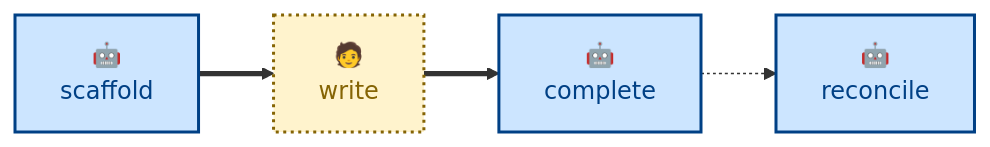
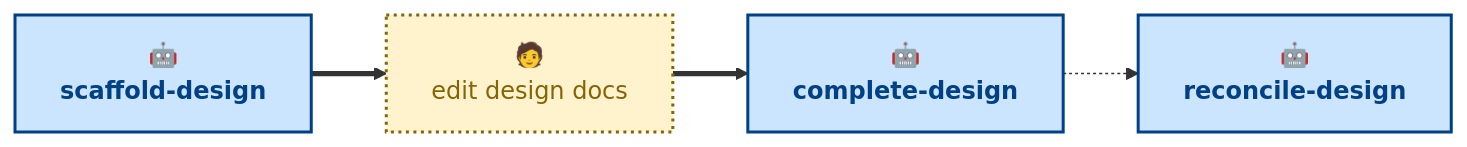
The diagram in .agents/skills/README.md (kieranpotts/design), drawn with Mermaid before and after one commit. The commit also changed other lines of this file, not shown here.

````diff
--- a/.agents/skills/README.md
+++ b/.agents/skills/README.md
@@ -19,15 +22,15 @@
 ```mermaid
 flowchart LR
-  scaffold["🤖<br/>scaffold"]:::agentic
-  write["🧑<br/>write"]:::anthropic
-  complete["🤖<br/>complete"]:::agentic
-  reconcile["🤖<br/>reconcile"]:::agentic
+  scaffold["🤖<br/><b>scaffold-design</b>"]:::agentic
+  write["🧑<br/>edit design docs"]:::anthropic
+  complete["🤖<br/><b>complete-design</b>"]:::agentic
+  reconcile["🤖<br/><b>reconcile-design</b>"]:::agentic
 
   scaffold ==> write
   write ==> complete
   complete -.-> reconcile
 
   classDef agentic fill:#cce5ff,stroke:#004085,color:#004085,stroke-width:2px
   classDef scripted fill:#e2e3e5,stroke:#4b5157,color:#383d41,stroke-width:2px
   classDef anthropic fill:#fff3cd,stroke:#856404,color:#856404,stroke-width:2px,stroke-dasharray:2 3
 ```
````
